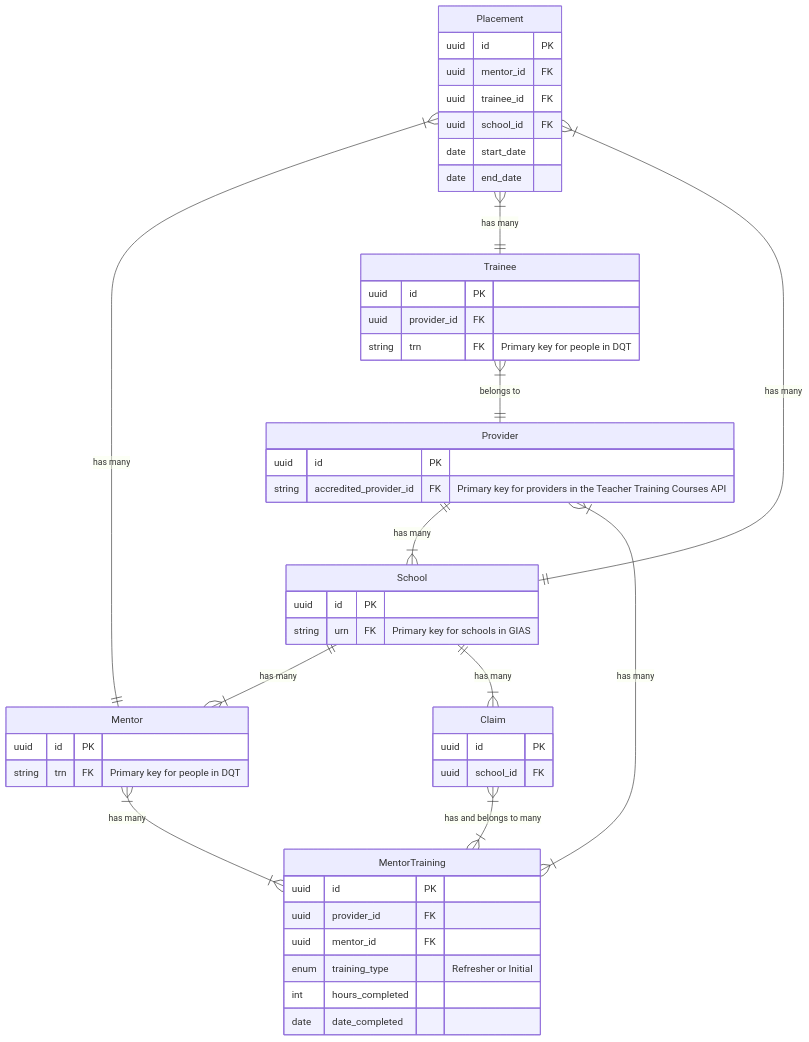
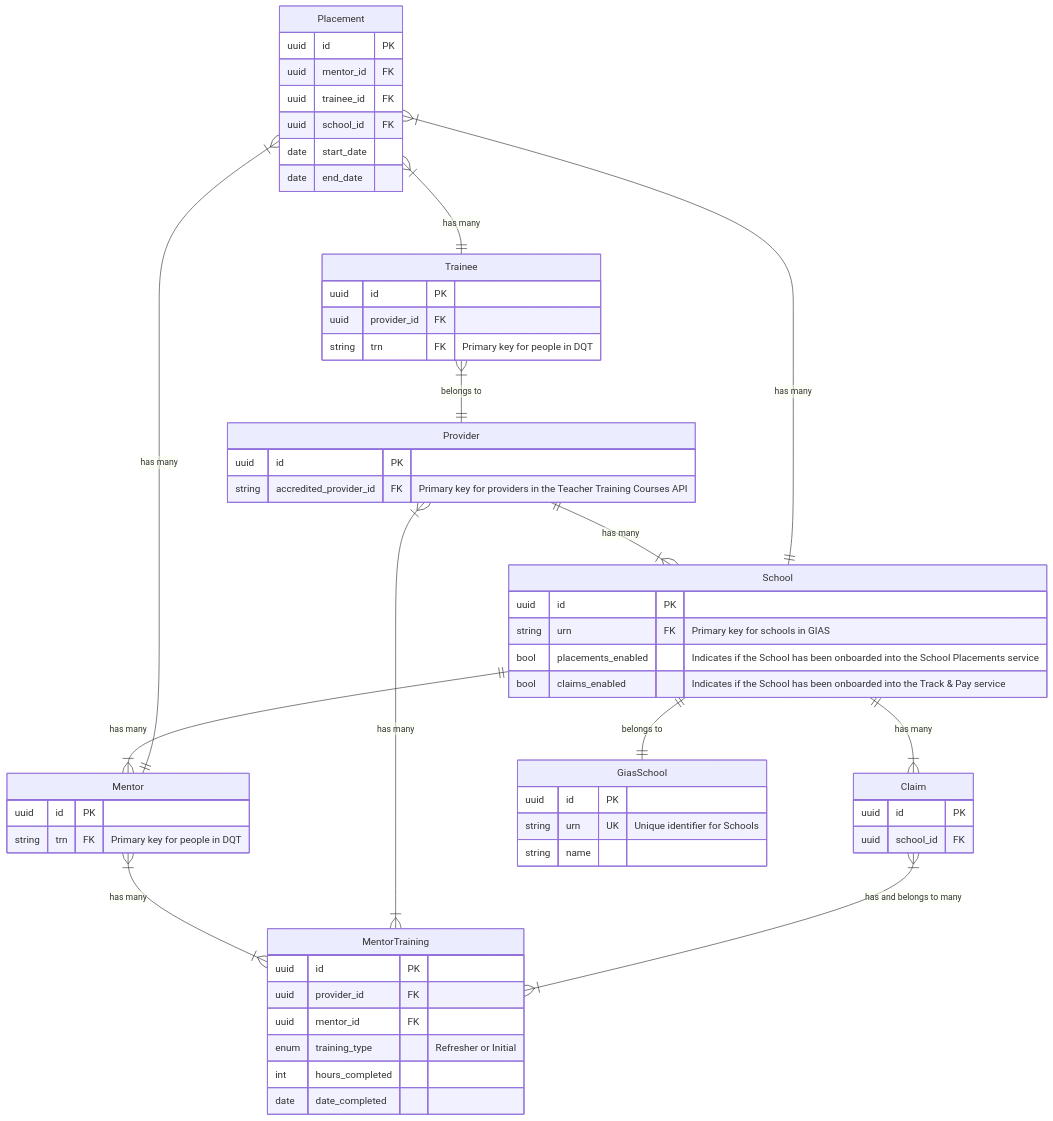
One commit to DFE-Digital/itt-mentor-services changed the diagram in docs/data-model.md. Above: the diagram before and after it, drawn with Mermaid. The commit also changed other lines of this file, not shown here.

First line of the commit message:
Update ERD for School and Provider onboarding

````diff
--- a/docs/data-model.md
+++ b/docs/data-model.md
@@ -17,60 +17,70 @@
 ```mermaid
 erDiagram
   Placement {
     uuid id PK
     uuid mentor_id FK
     uuid trainee_id FK
     uuid school_id FK
     date start_date
     date end_date
   }
 
   School {
     uuid id PK
     string urn FK "Primary key for schools in GIAS"
+    bool placements_enabled "Indicates if the School has been onboarded into the School Placements service"
+    bool claims_enabled "Indicates if the School has been onboarded into the Track & Pay service"
   }
 
   Mentor {
     uuid id PK
     string trn FK "Primary key for people in DQT"
   }
 
   Provider {
     uuid id PK
     string accredited_provider_id FK "Primary key for providers in the Teacher Training Courses API"
   }
 
   MentorTraining {
     uuid id PK
     uuid provider_id FK
     uuid mentor_id FK
     enum training_type "Refresher or Initial"
     int hours_completed
     date date_completed
   }
 
   Claim {
     uuid id PK
     uuid school_id FK
   }
 
   Trainee {
     uuid id PK
     uuid provider_id FK
     string trn FK "Primary key for people in DQT"
   }
 
+  GiasSchool {
+    uuid id PK
+    string urn UK "Unique identifier for Schools"
+    string name
+  }
+
+  School ||--|| GiasSchool : "belongs to"
+
   School ||--|{ Mentor : "has many"
   Provider ||--|{ School : "has many"
   Trainee }|--|| Provider : "belongs to"
 
   Placement }|--|| Mentor : "has many"
   Placement }|--|| Trainee : "has many"
   Placement }|--|| School : "has many"
 
   Mentor }|--|{ MentorTraining : "has many"
   Provider }|--|{ MentorTraining : "has many"
 
   School ||--|{ Claim : "has many"
   Claim }|--|{ MentorTraining : "has and belongs to many"
 ```
````
